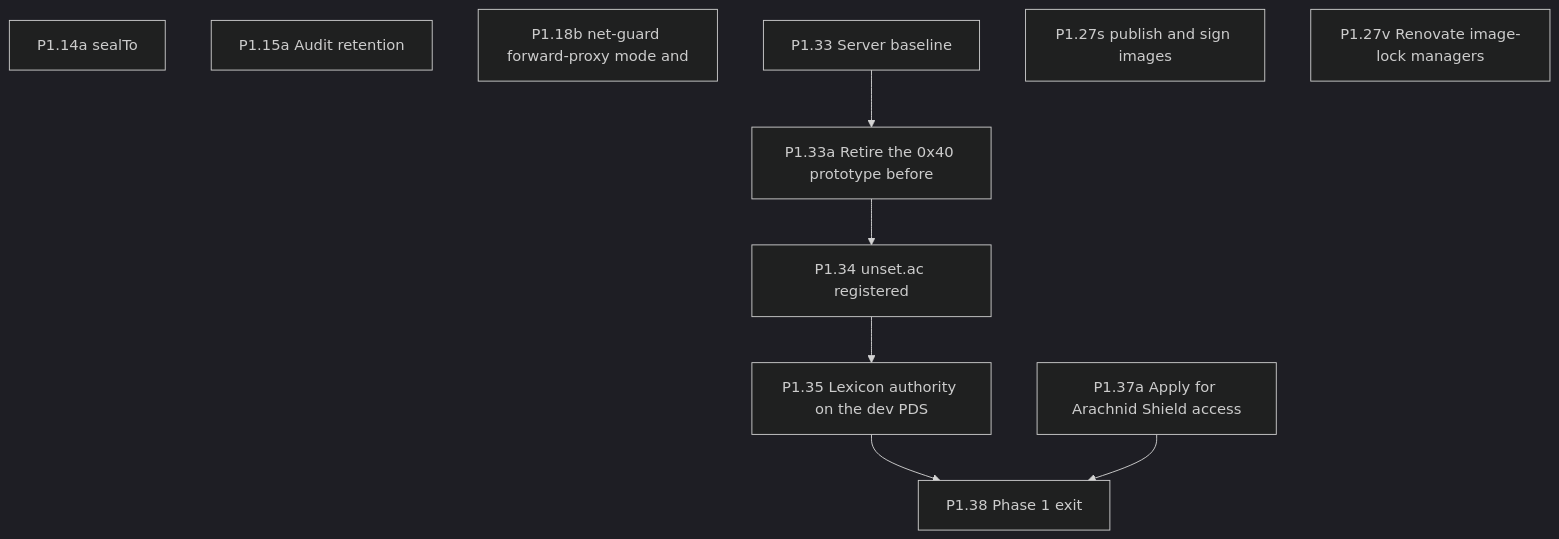
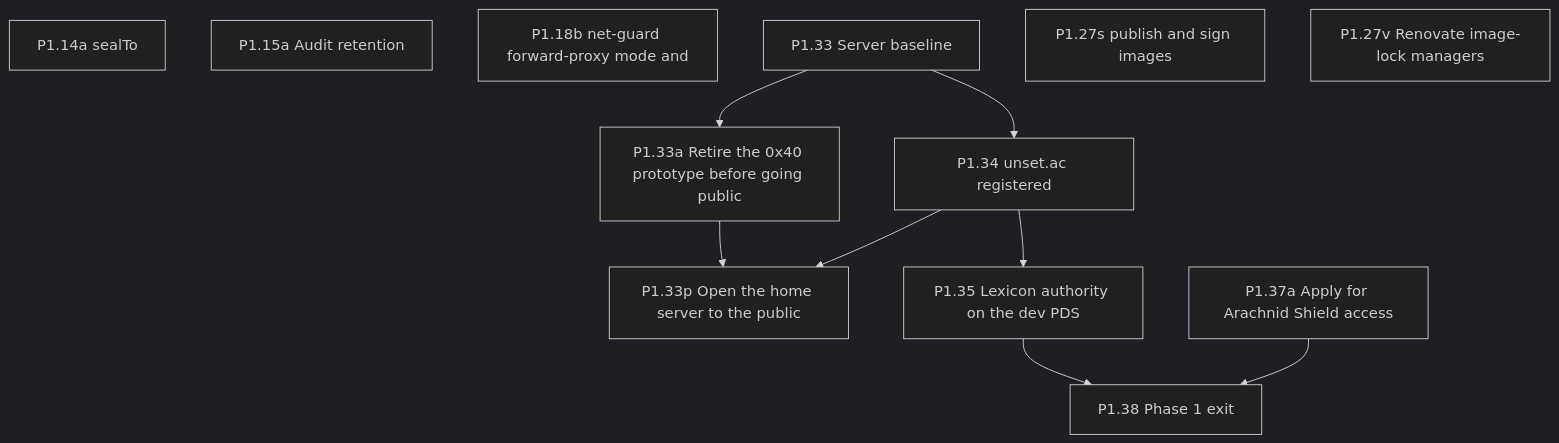
Before and after one commit to Undefined6799/unset: the fourth of 11 diagrams in docs/ai/book/01-outline.md, drawn with Mermaid (dark theme). The commit also changed other lines of this file and 13 other files, not shown here.

````diff
--- a/docs/ai/book/01-outline.md
+++ b/docs/ai/book/01-outline.md
@@ -1074,19 +1105,22 @@
 ```mermaid
 flowchart TD
   P1_14a["P1.14a sealTo"]
   P1_15a["P1.15a Audit retention"]
   P1_18b["P1.18b net-guard forward-proxy mode and"]
   P1_33["P1.33 Server baseline"]
-  P1_33a["P1.33a Retire the 0x40 prototype before"]
+  P1_33a["P1.33a Retire the 0x40 prototype before going public"]
+  P1_33p["P1.33p Open the home server to the public"]
   P1_34["P1.34 unset.ac registered"]
   P1_35["P1.35 Lexicon authority on the dev PDS"]
   P1_27s["P1.27s publish and sign images"]
   P1_27v["P1.27v Renovate image-lock managers"]
   P1_37a["P1.37a Apply for Arachnid Shield access"]
   P1_38["P1.38 Phase 1 exit"]
   P1_33 --> P1_33a
-  P1_33a --> P1_34
+  P1_33 --> P1_34
+  P1_34 --> P1_33p
+  P1_33a --> P1_33p
   P1_34 --> P1_35
   P1_35 --> P1_38
   P1_37a --> P1_38
 ```
````
